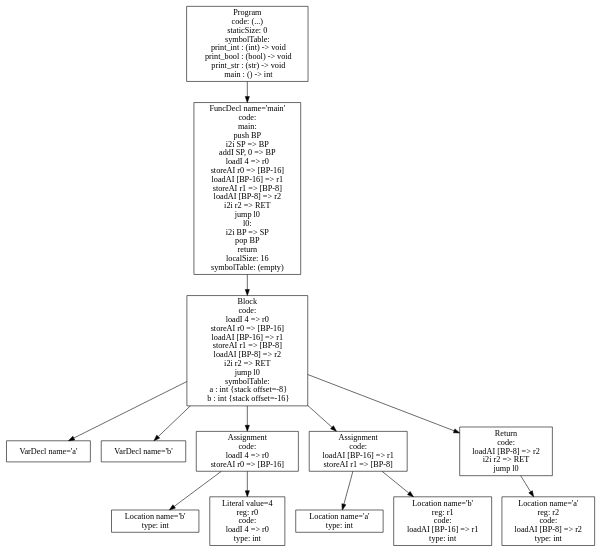
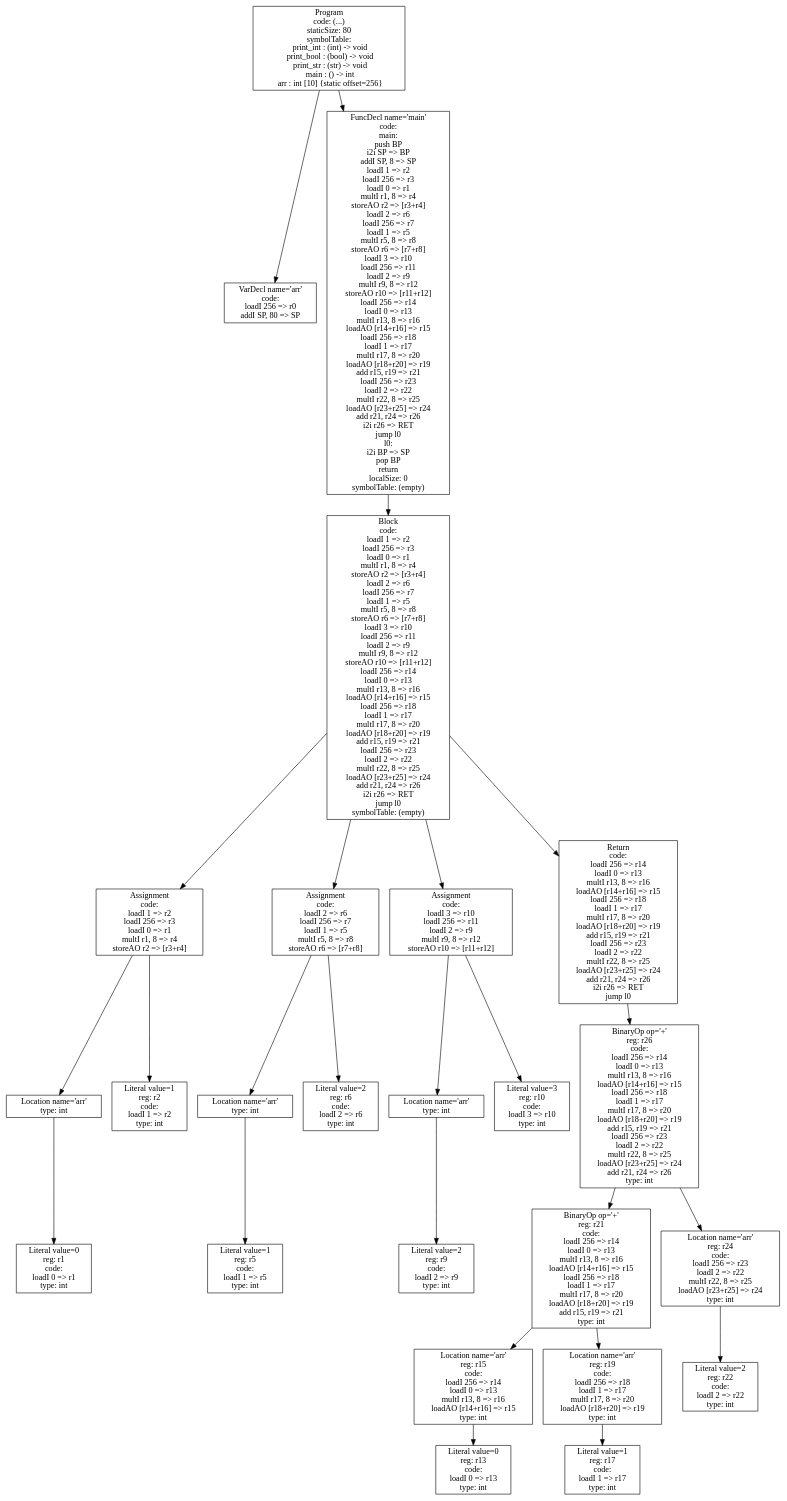
The diagram in p4-codegen/iloc-tree.dot (atrim11/CS432), drawn with Graphviz before and after one commit. The commit also changed 23 other files, not shown here.

```diff
--- a/p4-codegen/iloc-tree.dot
+++ b/p4-codegen/iloc-tree.dot
@@ -1,27 +1,51 @@
 digraph AST {
-3 [shape=box, label="VarDecl name='a'"];
-4 [shape=box, label="VarDecl name='b'"];
-6 [shape=box, label="Location name='b'\ntype: int"];
-7 [shape=box, label="Literal value=4\nreg: r0\ncode: \nloadI 4 => r0\ntype: int"];
-5 [shape=box, label="Assignment\ncode: \nloadI 4 => r0\nstoreAI r0 => [BP-16]"];
+1 [shape=box, label="VarDecl name='arr'\ncode: \nloadI 256 => r0\naddI SP, 80 => SP"];
+6 [shape=box, label="Literal value=0\nreg: r1\ncode: \nloadI 0 => r1\ntype: int"];
+5 [shape=box, label="Location name='arr'\ntype: int"];
 5 -> 6;
-5 -> 7;
-9 [shape=box, label="Location name='a'\ntype: int"];
-10 [shape=box, label="Location name='b'\nreg: r1\ncode: \nloadAI [BP-16] => r1\ntype: int"];
-8 [shape=box, label="Assignment\ncode: \nloadAI [BP-16] => r1\nstoreAI r1 => [BP-8]"];
+7 [shape=box, label="Literal value=1\nreg: r2\ncode: \nloadI 1 => r2\ntype: int"];
+4 [shape=box, label="Assignment\ncode: \nloadI 1 => r2\nloadI 256 => r3\nloadI 0 => r1\nmultI r1, 8 => r4\nstoreAO r2 => [r3+r4]"];
+4 -> 5;
+4 -> 7;
+10 [shape=box, label="Literal value=1\nreg: r5\ncode: \nloadI 1 => r5\ntype: int"];
+9 [shape=box, label="Location name='arr'\ntype: int"];
+9 -> 10;
+11 [shape=box, label="Literal value=2\nreg: r6\ncode: \nloadI 2 => r6\ntype: int"];
+8 [shape=box, label="Assignment\ncode: \nloadI 2 => r6\nloadI 256 => r7\nloadI 1 => r5\nmultI r5, 8 => r8\nstoreAO r6 => [r7+r8]"];
 8 -> 9;
-8 -> 10;
-12 [shape=box, label="Location name='a'\nreg: r2\ncode: \nloadAI [BP-8] => r2\ntype: int"];
-11 [shape=box, label="Return\ncode: \nloadAI [BP-8] => r2\ni2i r2 => RET\njump l0"];
-11 -> 12;
-2 [shape=box, label="Block\ncode: \nloadI 4 => r0\nstoreAI r0 => [BP-16]\nloadAI [BP-16] => r1\nstoreAI r1 => [BP-8]\nloadAI [BP-8] => r2\ni2i r2 => RET\njump l0\nsymbolTable: \n  a : int {stack offset=-8}\n  b : int {stack offset=-16}"];
+8 -> 11;
+14 [shape=box, label="Literal value=2\nreg: r9\ncode: \nloadI 2 => r9\ntype: int"];
+13 [shape=box, label="Location name='arr'\ntype: int"];
+13 -> 14;
+15 [shape=box, label="Literal value=3\nreg: r10\ncode: \nloadI 3 => r10\ntype: int"];
+12 [shape=box, label="Assignment\ncode: \nloadI 3 => r10\nloadI 256 => r11\nloadI 2 => r9\nmultI r9, 8 => r12\nstoreAO r10 => [r11+r12]"];
+12 -> 13;
+12 -> 15;
+20 [shape=box, label="Literal value=0\nreg: r13\ncode: \nloadI 0 => r13\ntype: int"];
+19 [shape=box, label="Location name='arr'\nreg: r15\ncode: \nloadI 256 => r14\nloadI 0 => r13\nmultI r13, 8 => r16\nloadAO [r14+r16] => r15\ntype: int"];
+19 -> 20;
+22 [shape=box, label="Literal value=1\nreg: r17\ncode: \nloadI 1 => r17\ntype: int"];
+21 [shape=box, label="Location name='arr'\nreg: r19\ncode: \nloadI 256 => r18\nloadI 1 => r17\nmultI r17, 8 => r20\nloadAO [r18+r20] => r19\ntype: int"];
+21 -> 22;
+18 [shape=box, label="BinaryOp op='+'\nreg: r21\ncode: \nloadI 256 => r14\nloadI 0 => r13\nmultI r13, 8 => r16\nloadAO [r14+r16] => r15\nloadI 256 => r18\nloadI 1 => r17\nmultI r17, 8 => r20\nloadAO [r18+r20] => r19\nadd r15, r19 => r21\ntype: int"];
+18 -> 19;
+18 -> 21;
+24 [shape=box, label="Literal value=2\nreg: r22\ncode: \nloadI 2 => r22\ntype: int"];
+23 [shape=box, label="Location name='arr'\nreg: r24\ncode: \nloadI 256 => r23\nloadI 2 => r22\nmultI r22, 8 => r25\nloadAO [r23+r25] => r24\ntype: int"];
+23 -> 24;
+17 [shape=box, label="BinaryOp op='+'\nreg: r26\ncode: \nloadI 256 => r14\nloadI 0 => r13\nmultI r13, 8 => r16\nloadAO [r14+r16] => r15\nloadI 256 => r18\nloadI 1 => r17\nmultI r17, 8 => r20\nloadAO [r18+r20] => r19\nadd r15, r19 => r21\nloadI 256 => r23\nloadI 2 => r22\nmultI r22, 8 => r25\nloadAO [r23+r25] => r24\nadd r21, r24 => r26\ntype: int"];
+17 -> 18;
+17 -> 23;
+16 [shape=box, label="Return\ncode: \nloadI 256 => r14\nloadI 0 => r13\nmultI r13, 8 => r16\nloadAO [r14+r16] => r15\nloadI 256 => r18\nloadI 1 => r17\nmultI r17, 8 => r20\nloadAO [r18+r20] => r19\nadd r15, r19 => r21\nloadI 256 => r23\nloadI 2 => r22\nmultI r22, 8 => r25\nloadAO [r23+r25] => r24\nadd r21, r24 => r26\ni2i r26 => RET\njump l0"];
+16 -> 17;
+3 [shape=box, label="Block\ncode: \nloadI 1 => r2\nloadI 256 => r3\nloadI 0 => r1\nmultI r1, 8 => r4\nstoreAO r2 => [r3+r4]\nloadI 2 => r6\nloadI 256 => r7\nloadI 1 => r5\nmultI r5, 8 => r8\nstoreAO r6 => [r7+r8]\nloadI 3 => r10\nloadI 256 => r11\nloadI 2 => r9\nmultI r9, 8 => r12\nstoreAO r10 => [r11+r12]\nloadI 256 => r14\nloadI 0 => r13\nmultI r13, 8 => r16\nloadAO [r14+r16] => r15\nloadI 256 => r18\nloadI 1 => r17\nmultI r17, 8 => r20\nloadAO [r18+r20] => r19\nadd r15, r19 => r21\nloadI 256 => r23\nloadI 2 => r22\nmultI r22, 8 => r25\nloadAO [r23+r25] => r24\nadd r21, r24 => r26\ni2i r26 => RET\njump l0\nsymbolTable: (empty)"];
+3 -> 4;
+3 -> 8;
+3 -> 12;
+3 -> 16;
+2 [shape=box, label="FuncDecl name='main'\ncode: \nmain:\npush BP\ni2i SP => BP\naddI SP, 8 => SP\nloadI 1 => r2\nloadI 256 => r3\nloadI 0 => r1\nmultI r1, 8 => r4\nstoreAO r2 => [r3+r4]\nloadI 2 => r6\nloadI 256 => r7\nloadI 1 => r5\nmultI r5, 8 => r8\nstoreAO r6 => [r7+r8]\nloadI 3 => r10\nloadI 256 => r11\nloadI 2 => r9\nmultI r9, 8 => r12\nstoreAO r10 => [r11+r12]\nloadI 256 => r14\nloadI 0 => r13\nmultI r13, 8 => r16\nloadAO [r14+r16] => r15\nloadI 256 => r18\nloadI 1 => r17\nmultI r17, 8 => r20\nloadAO [r18+r20] => r19\nadd r15, r19 => r21\nloadI 256 => r23\nloadI 2 => r22\nmultI r22, 8 => r25\nloadAO [r23+r25] => r24\nadd r21, r24 => r26\ni2i r26 => RET\njump l0\nl0:\ni2i BP => SP\npop BP\nreturn\nlocalSize: 0\nsymbolTable: (empty)"];
 2 -> 3;
-2 -> 4;
-2 -> 5;
-2 -> 8;
-2 -> 11;
-1 [shape=box, label="FuncDecl name='main'\ncode: \nmain:\npush BP\ni2i SP => BP\naddI SP, 0 => BP\nloadI 4 => r0\nstoreAI r0 => [BP-16]\nloadAI [BP-16] => r1\nstoreAI r1 => [BP-8]\nloadAI [BP-8] => r2\ni2i r2 => RET\njump l0\nl0:\ni2i BP => SP\npop BP\nreturn\nlocalSize: 16\nsymbolTable: (empty)"];
-1 -> 2;
-0 [shape=box, label="Program\ncode: (...)\nstaticSize: 0\nsymbolTable: \n  print_int : (int) -> void\n  print_bool : (bool) -> void\n  print_str : (str) -> void\n  main : () -> int"];
+0 [shape=box, label="Program\ncode: (...)\nstaticSize: 80\nsymbolTable: \n  print_int : (int) -> void\n  print_bool : (bool) -> void\n  print_str : (str) -> void\n  main : () -> int\n  arr : int [10] {static offset=256}"];
 0 -> 1;
+0 -> 2;
 }
```
